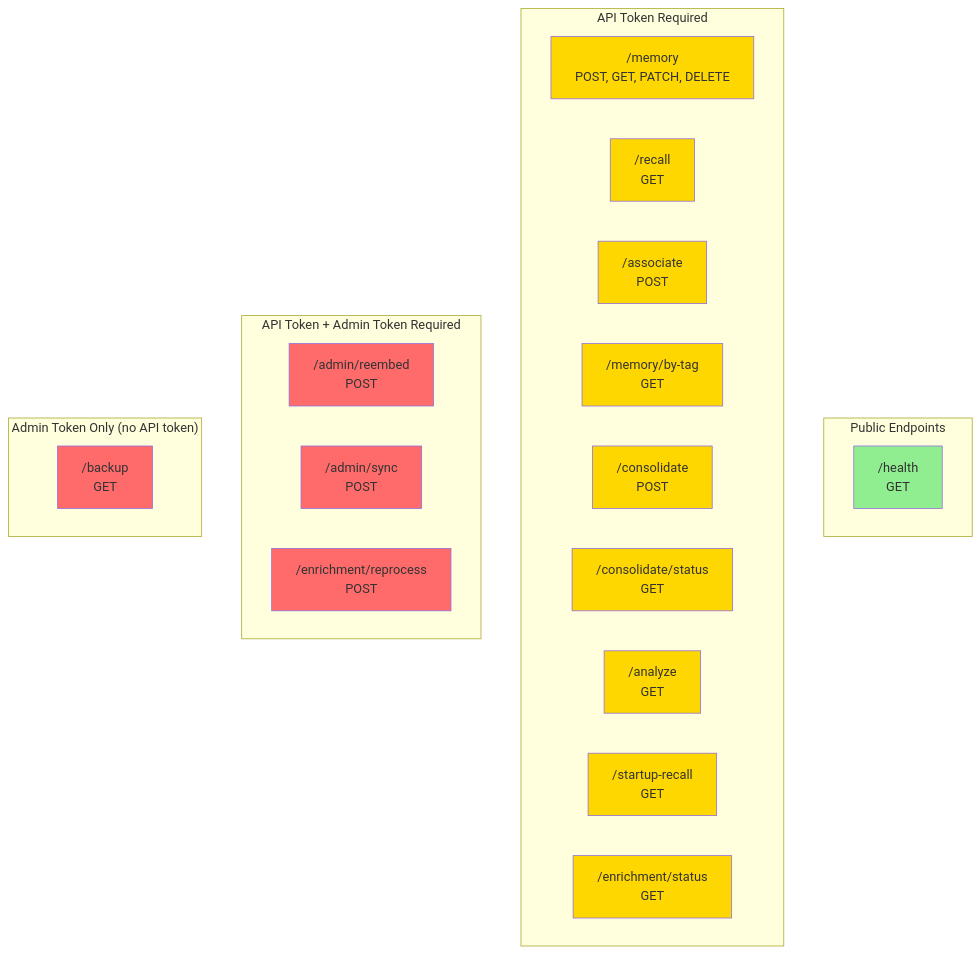
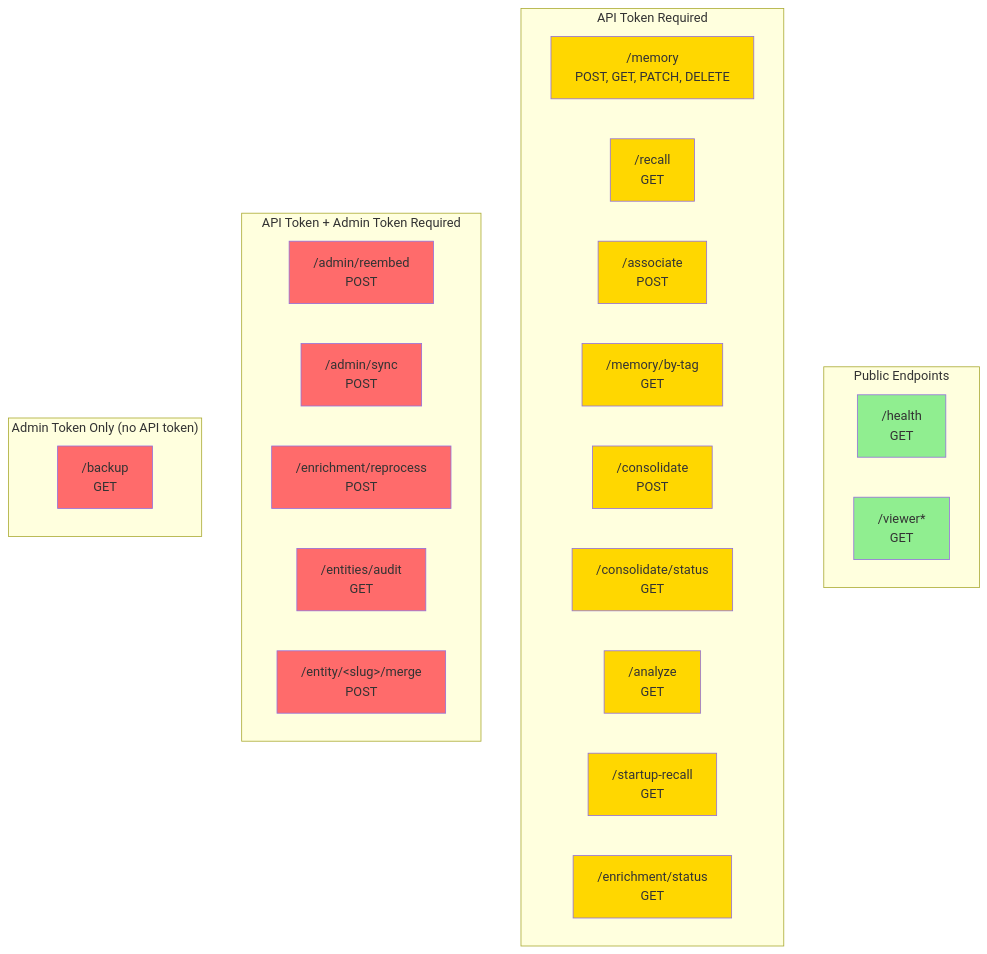
One commit to verygoodplugins/automem-website changed the third of 3 diagrams in src/content/docs/docs/reference/authentication.md. Above: the diagram before and after it, drawn with Mermaid. The commit also changed other lines of this file and 1 other file, not shown here.

````diff
--- a/src/content/docs/docs/reference/authentication.md
+++ b/src/content/docs/docs/reference/authentication.md
@@ -160,43 +163,49 @@
 ```mermaid
 graph TB
     subgraph "Public Endpoints"
         Health["/health<br/>GET"]
+        Viewer["/viewer*<br/>GET"]
     end
 
     subgraph "API Token Required"
         Memory["/memory<br/>POST, GET, PATCH, DELETE"]
         Recall["/recall<br/>GET"]
         Associate["/associate<br/>POST"]
         ByTag["/memory/by-tag<br/>GET"]
         Consolidate["/consolidate<br/>POST"]
         ConsolidateStatus["/consolidate/status<br/>GET"]
         Analyze["/analyze<br/>GET"]
         StartupRecall["/startup-recall<br/>GET"]
         EnrichStatus["/enrichment/status<br/>GET"]
     end
 
     subgraph "API Token + Admin Token Required"
         Reembed["/admin/reembed<br/>POST"]
         Sync["/admin/sync<br/>POST"]
         Reprocess["/enrichment/reprocess<br/>POST"]
+        EntitiesAudit["/entities/audit<br/>GET"]
+        EntityMerge["/entity/&lt;slug&gt;/merge<br/>POST"]
     end
 
     subgraph "Admin Token Only (no API token)"
         Backup["/backup<br/>GET"]
     end
 
     style Health fill:#90EE90
+    style Viewer fill:#90EE90
     style Memory fill:#FFD700
     style Recall fill:#FFD700
     style Associate fill:#FFD700
     style ByTag fill:#FFD700
     style Consolidate fill:#FFD700
     style ConsolidateStatus fill:#FFD700
     style Analyze fill:#FFD700
     style StartupRecall fill:#FFD700
     style EnrichStatus fill:#FFD700
     style Reembed fill:#FF6B6B
     style Sync fill:#FF6B6B
     style Reprocess fill:#FF6B6B
+    style EntitiesAudit fill:#FF6B6B
+    style EntityMerge fill:#FF6B6B
     style Backup fill:#FF6B6B
 ```
````
